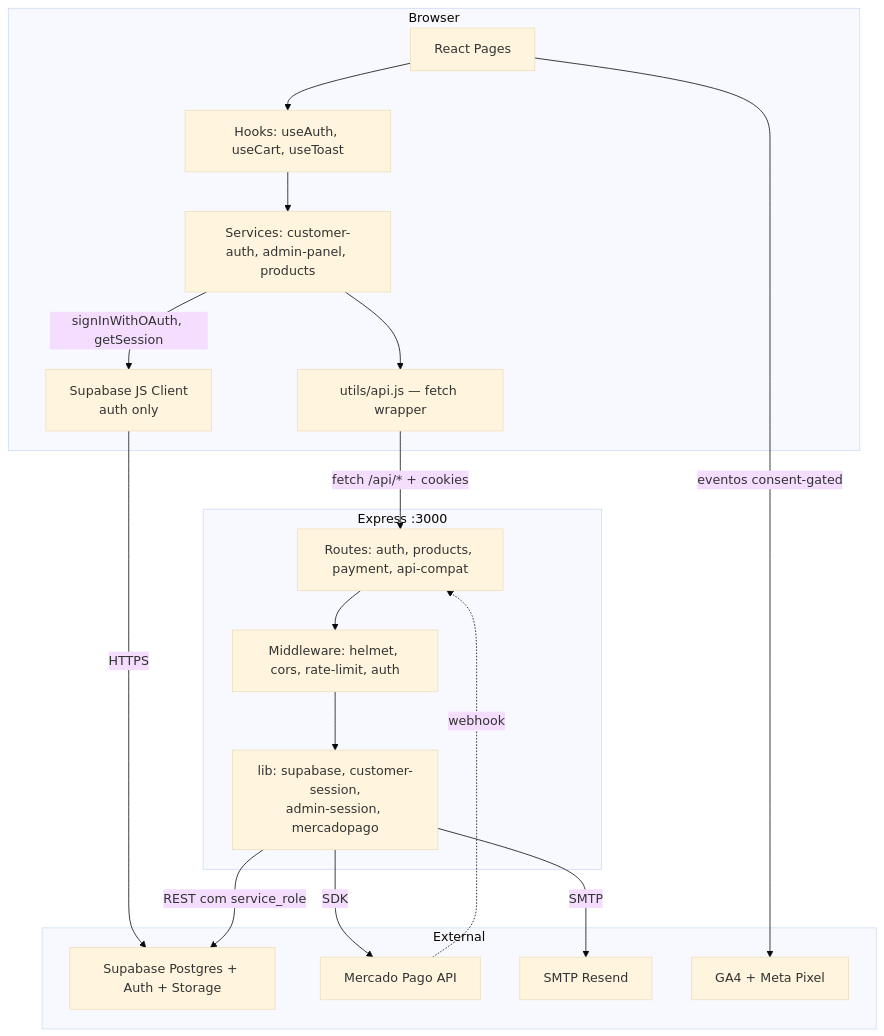
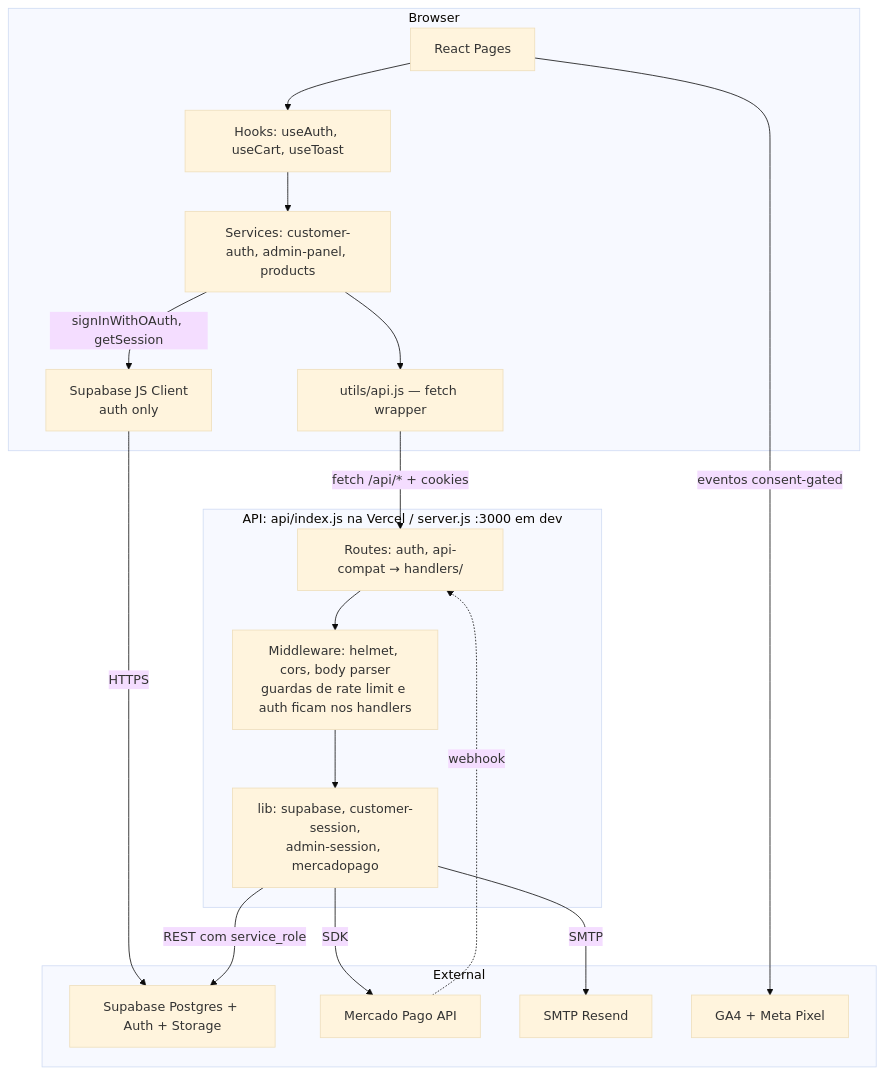
The tenth of 10 diagrams in docs/ProjectDocs/05-FLUXOS.md (JoaoLuisC/Atelie-escolar), drawn with Mermaid (base theme) before and after one commit. The commit also changed other lines of this file and 24 other files, not shown here.

````diff
--- a/docs/ProjectDocs/05-FLUXOS.md
+++ b/docs/ProjectDocs/05-FLUXOS.md
@@ -315,39 +323,39 @@
 ```mermaid
 graph TB
     subgraph Browser
         A[React Pages]
         B[Hooks: useAuth, useCart, useToast]
         C[Services: customer-auth, admin-panel, products]
         D[utils/api.js — fetch wrapper]
         E[Supabase JS Client<br/>auth only]
     end
 
-    subgraph "Express :3000"
-        F[Routes: auth, products, payment, api-compat]
-        G[Middleware: helmet, cors, rate-limit, auth]
+    subgraph "API: api/index.js na Vercel / server.js :3000 em dev"
+        F[Routes: auth, api-compat → handlers/]
+        G[Middleware: helmet, cors, body parser<br/>guardas de rate limit e auth ficam nos handlers]
         H[lib: supabase, customer-session,<br/>admin-session, mercadopago]
     end
 
     subgraph External
         I[Supabase Postgres + Auth + Storage]
         J[Mercado Pago API]
         K[SMTP Resend]
         L[GA4 + Meta Pixel]
     end
 
     A --> B
     B --> C
     C --> D
     D -->|fetch /api/* + cookies| F
     C -->|signInWithOAuth, getSession| E
     A -->|eventos consent-gated| L
     E -->|HTTPS| I
 
     F --> G
     G --> H
     H -->|REST com service_role| I
     H -->|SDK| J
     H -->|SMTP| K
 
     J -.->|webhook| F
 ```
````
